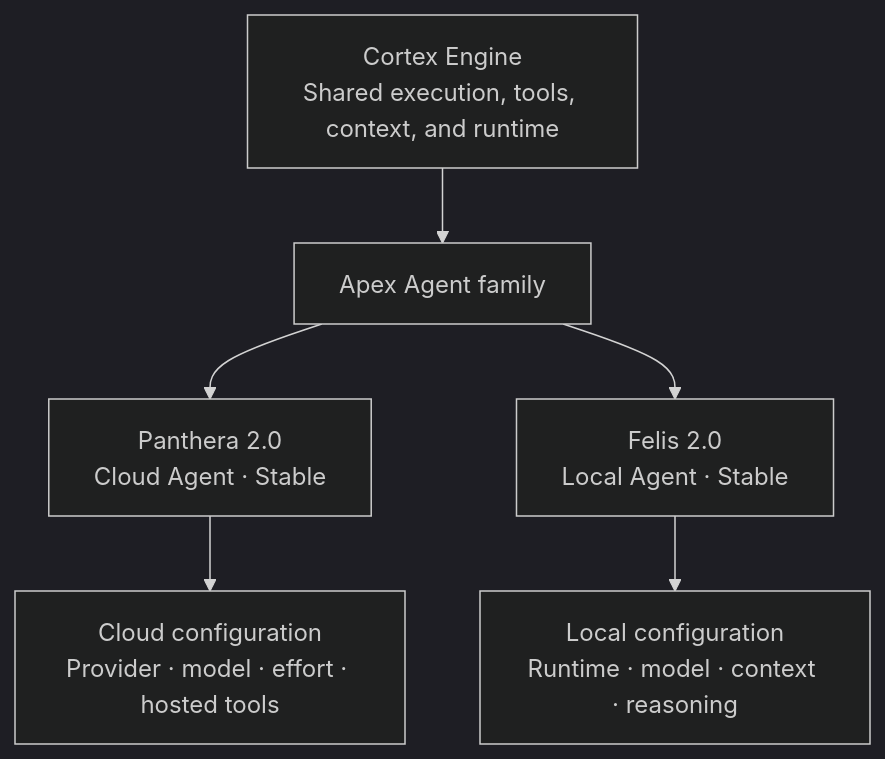
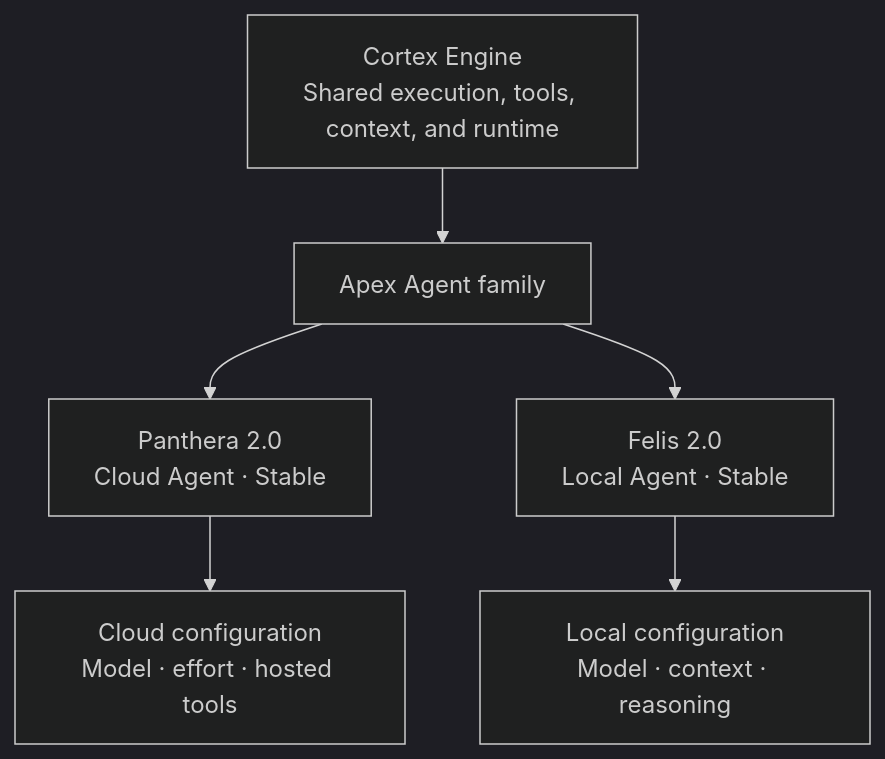
One commit to edumarcano/APEX changed the diagram in docs/identity-and-naming.md. Above: the diagram before and after it, drawn with Mermaid (dark theme). The commit also changed other lines of this file and 4 other files, not shown here.

````diff
--- a/docs/identity-and-naming.md
+++ b/docs/identity-and-naming.md
@@ -105,12 +105,12 @@
 ```mermaid
 flowchart TB
     ENGINE["Cortex Engine<br/>Shared execution, tools, context, and runtime"]
     FAMILY["Apex Agent family"]
 
     ENGINE --> FAMILY
     FAMILY --> PANTHERA["Panthera 2.0<br/>Cloud Agent · Stable"]
     FAMILY --> FELIS["Felis 2.0<br/>Local Agent · Stable"]
 
-    PANTHERA --> CLOUDCFG["Cloud configuration<br/>Provider · model · effort · hosted tools"]
-    FELIS --> LOCALCFG["Local configuration<br/>Runtime · model · context · reasoning"]
+    PANTHERA --> CLOUDCFG["Cloud configuration<br/>Model · effort · hosted tools"]
+    FELIS --> LOCALCFG["Local configuration<br/>Model · context · reasoning"]
 ```
````
